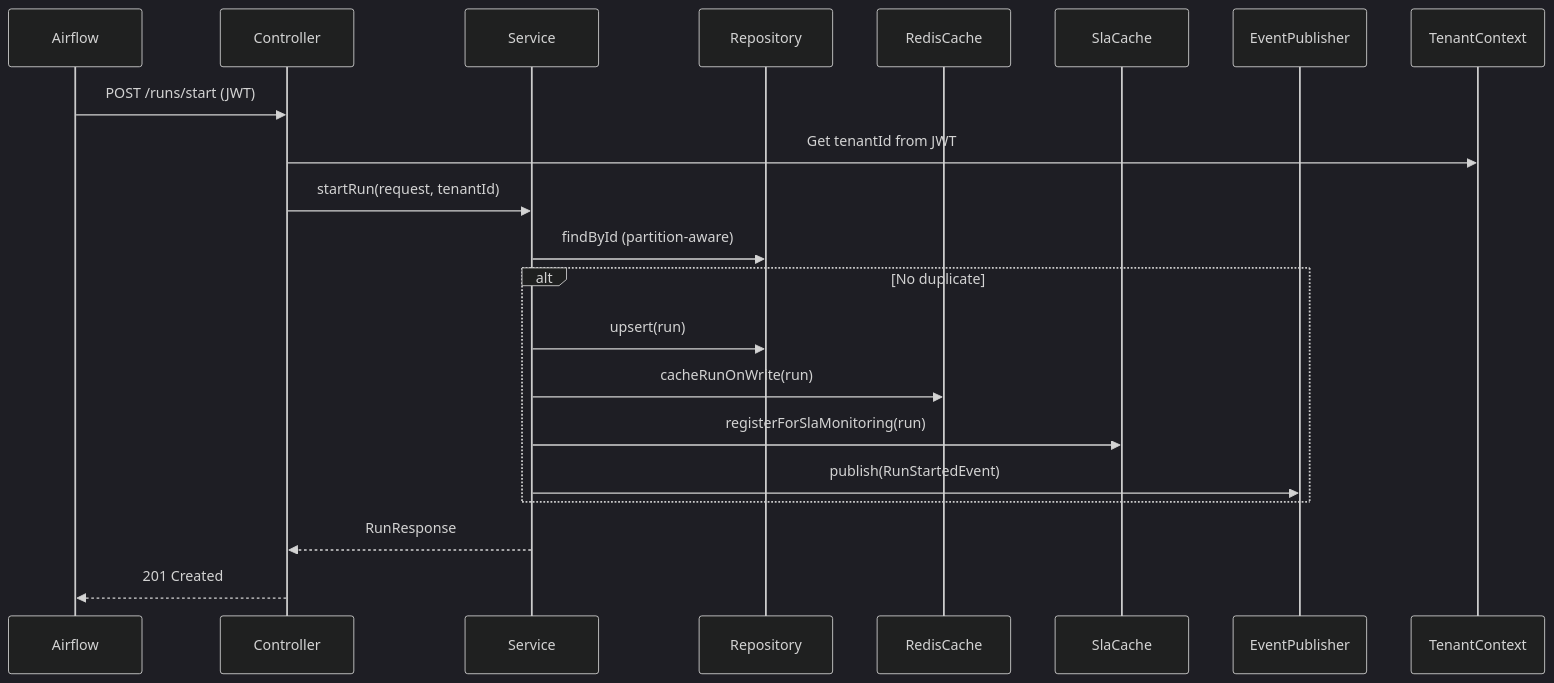
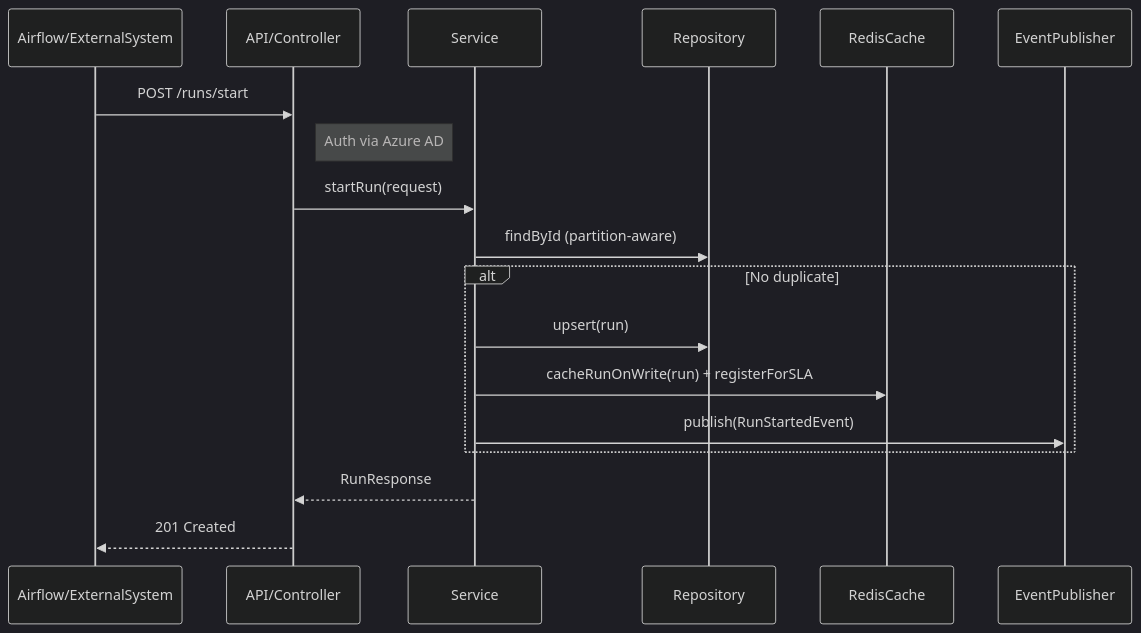
One commit to soopersk/data-service changed the sixth of 13 diagrams in tech_spec_gk.md. Above: the diagram before and after it, drawn with Mermaid (dark theme). The commit also changed other lines of this file, not shown here.

````diff
--- a/tech_spec_gk.md
+++ b/tech_spec_gk.md
@@ -178,23 +286,22 @@
 ```mermaid
 sequenceDiagram
-    participant Airflow
-    participant Controller
+    participant Airflow/ExternalSystem
+    participant API/Controller
     participant Service
     participant Repository
     participant RedisCache
-    participant SlaCache
     participant EventPublisher
 
-    Airflow->>Controller: POST /runs/start (JWT)
-    Controller->>TenantContext: Get tenantId from JWT
-    Controller->>Service: startRun(request, tenantId)
+    Airflow/ExternalSystem->>API/Controller: POST /runs/start
+    Note right of API/Controller: Auth via Azure AD
+    API/Controller->>Service: startRun(request)
     Service->>Repository: findById (partition-aware)
     alt No duplicate
         Service->>Repository: upsert(run)
-        Service->>RedisCache: cacheRunOnWrite(run)
-        Service->>SlaCache: registerForSlaMonitoring(run)
+        Service->>RedisCache: cacheRunOnWrite(run) + registerForSLA
         Service->>EventPublisher: publish(RunStartedEvent)
     end
-    Service-->>Controller: RunResponse
-    Controller-->>Airflow: 201 Created
+    Service-->>API/Controller: RunResponse
+    API/Controller-->>Airflow/ExternalSystem: 201 Created
+
 ```
````
